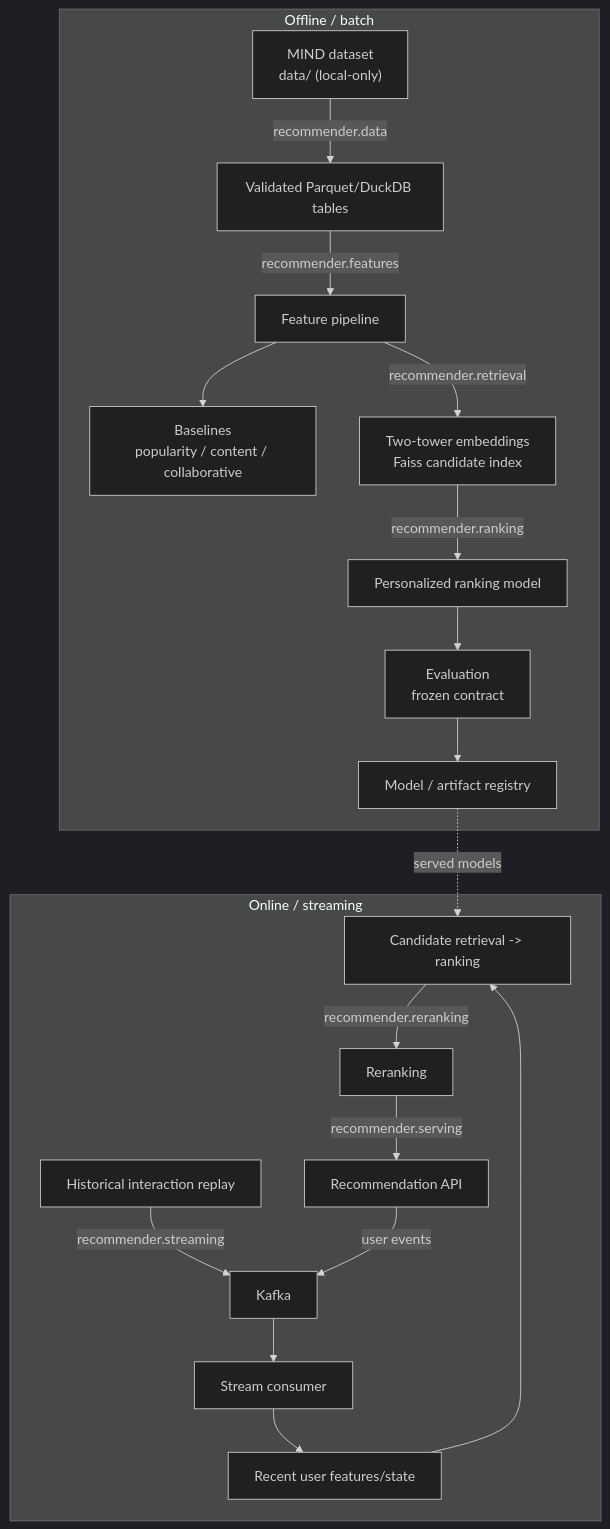
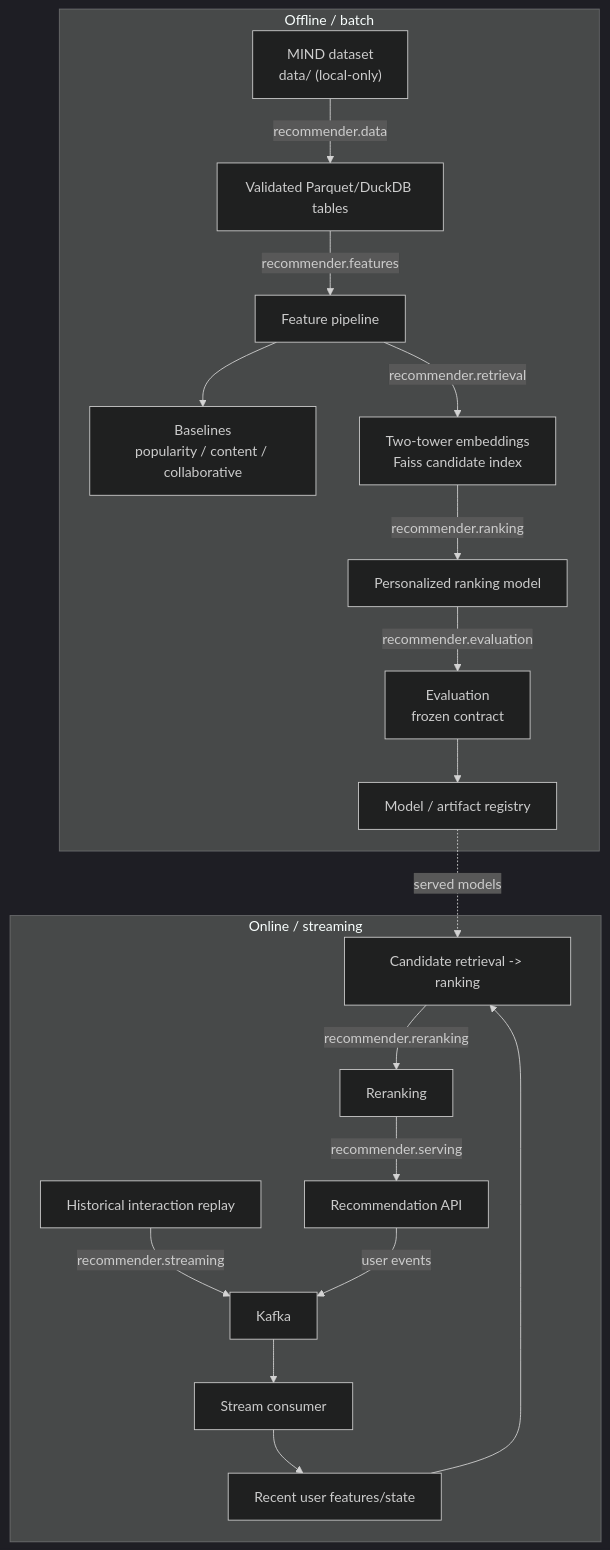
Before and after one commit to MAndersonASU/real-time-recommendation-ranking-platform: the diagram in docs/architecture.md, drawn with Mermaid (dark theme). The commit also changed other lines of this file and 4 other files, not shown here.

````diff
--- a/docs/architecture.md
+++ b/docs/architecture.md
@@ -54,24 +55,24 @@
 ```mermaid
 flowchart TD
     subgraph OFFLINE["Offline / batch"]
         A["MIND dataset<br/>data/ (local-only)"] -->|"recommender.data"| B["Validated Parquet/DuckDB tables"]
         B -->|"recommender.features"| C["Feature pipeline"]
         C --> D["Baselines<br/>popularity / content / collaborative"]
         C -->|"recommender.retrieval"| E["Two-tower embeddings<br/>Faiss candidate index"]
         E -->|"recommender.ranking"| F["Personalized ranking model"]
-        F --> G["Evaluation<br/>frozen contract"]
+        F -->|"recommender.evaluation"| G["Evaluation<br/>frozen contract"]
         G --> H["Model / artifact registry"]
     end
 
     subgraph ONLINE["Online / streaming"]
         I["Historical interaction replay"] -->|"recommender.streaming"| J["Kafka"]
         J --> K["Stream consumer"]
         K --> L["Recent user features/state"]
         L --> M["Candidate retrieval -> ranking"]
         M -->|"recommender.reranking"| N["Reranking"]
         N -->|"recommender.serving"| O["Recommendation API"]
         O -->|"user events"| J
     end
 
     H -.->|"served models"| M
 ```
````
